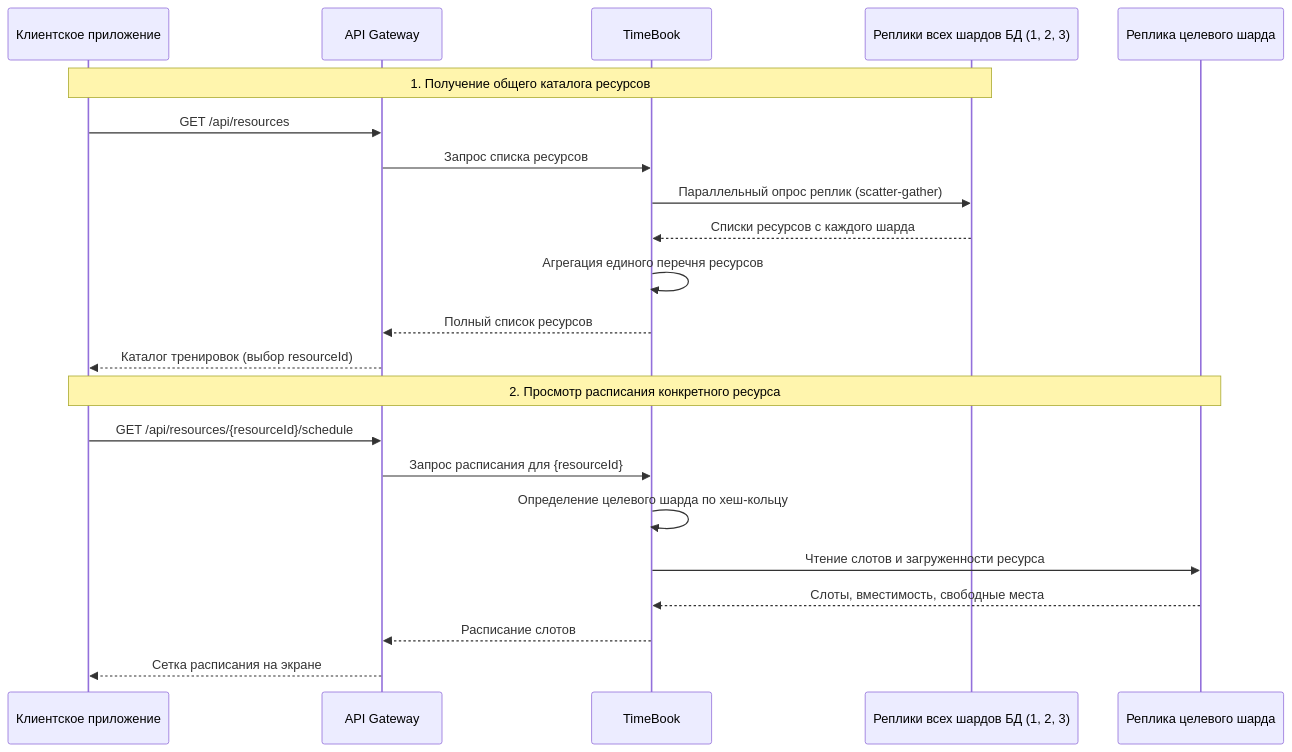
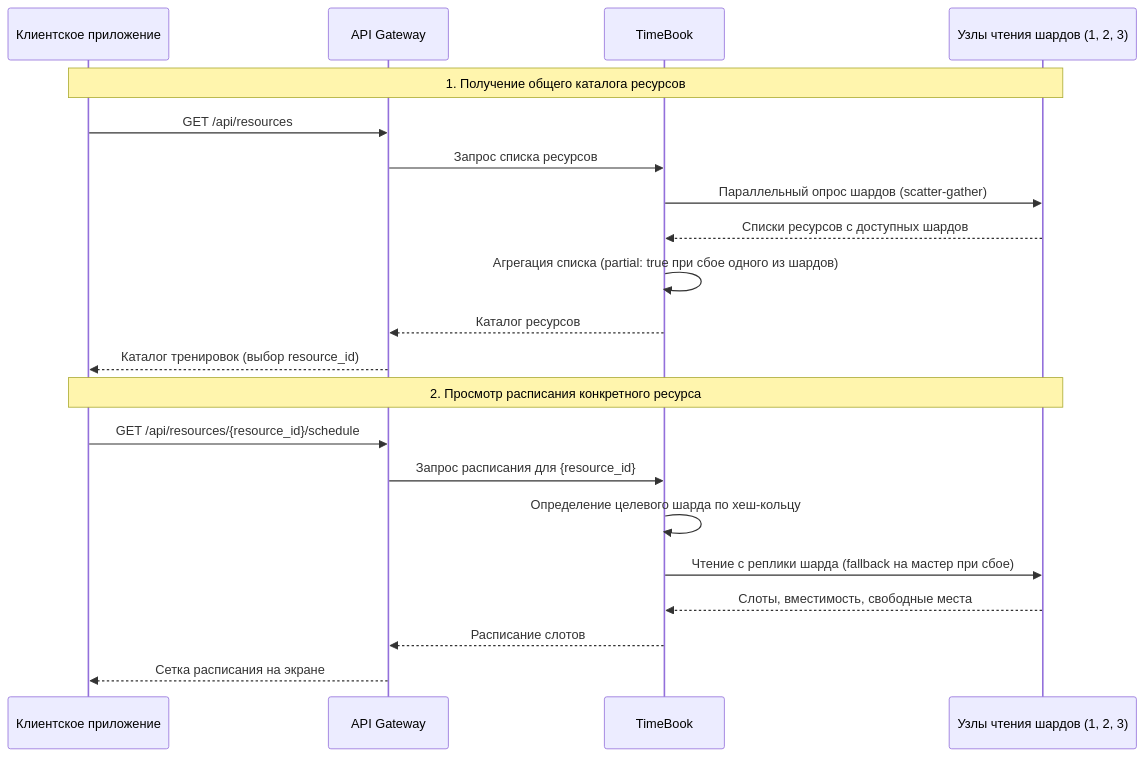
One commit to spbu-ds-practicum-2026/4positions changed the fourth of 7 diagrams in docs/tr.md. Above: the diagram before and after it, drawn with Mermaid. The commit also changed other lines of this file, not shown here.

````diff
--- a/docs/tr.md
+++ b/docs/tr.md
@@ -258,26 +258,25 @@
 ```mermaid
 sequenceDiagram
   participant Client as Клиентское приложение
   participant APIGateway as API Gateway
   participant TimeBook as TimeBook
-  participant Replicas as Реплики всех шардов БД (1, 2, 3)
-  participant TargetReplica as Реплика целевого шарда
+  participant ShardsRead as Узлы чтения шардов (1, 2, 3)
 
-  Note over Client,Replicas: 1. Получение общего каталога ресурсов
+  Note over Client,ShardsRead: 1. Получение общего каталога ресурсов
   Client->>APIGateway: GET /api/resources
   APIGateway->>TimeBook: Запрос списка ресурсов
-  TimeBook->>Replicas: Параллельный опрос реплик (scatter-gather)
-  Replicas-->>TimeBook: Списки ресурсов с каждого шарда
-  TimeBook->>TimeBook: Агрегация единого перечня ресурсов
-  TimeBook-->>APIGateway: Полный список ресурсов
-  APIGateway-->>Client: Каталог тренировок (выбор resourceId)
+  TimeBook->>ShardsRead: Параллельный опрос шардов (scatter-gather)
+  ShardsRead-->>TimeBook: Списки ресурсов с доступных шардов
+  TimeBook->>TimeBook: Агрегация списка (partial: true при сбое одного из шардов)
+  TimeBook-->>APIGateway: Каталог ресурсов
+  APIGateway-->>Client: Каталог тренировок (выбор resource_id)
 
-  Note over Client,TargetReplica: 2. Просмотр расписания конкретного ресурса
-  Client->>APIGateway: GET /api/resources/{resourceId}/schedule
-  APIGateway->>TimeBook: Запрос расписания для {resourceId}
+  Note over Client,ShardsRead: 2. Просмотр расписания конкретного ресурса
+  Client->>APIGateway: GET /api/resources/{resource_id}/schedule
+  APIGateway->>TimeBook: Запрос расписания для {resource_id}
   TimeBook->>TimeBook: Определение целевого шарда по хеш-кольцу
-  TimeBook->>TargetReplica: Чтение слотов и загруженности ресурса
-  TargetReplica-->>TimeBook: Слоты, вместимость, свободные места
+  TimeBook->>ShardsRead: Чтение с реплики шарда (fallback на мастер при сбое)
+  ShardsRead-->>TimeBook: Слоты, вместимость, свободные места
   TimeBook-->>APIGateway: Расписание слотов
   APIGateway-->>Client: Сетка расписания на экране
 ```
````
